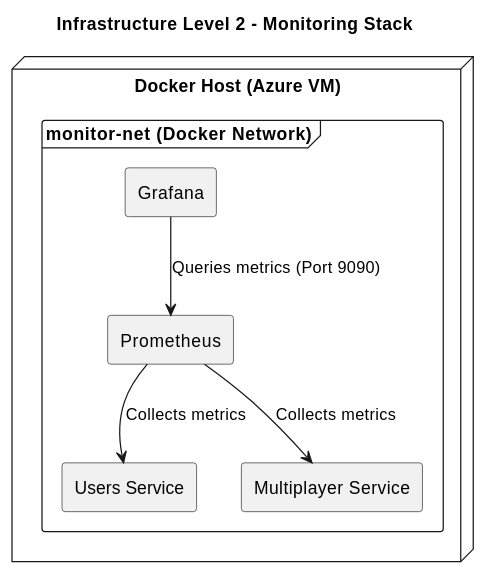
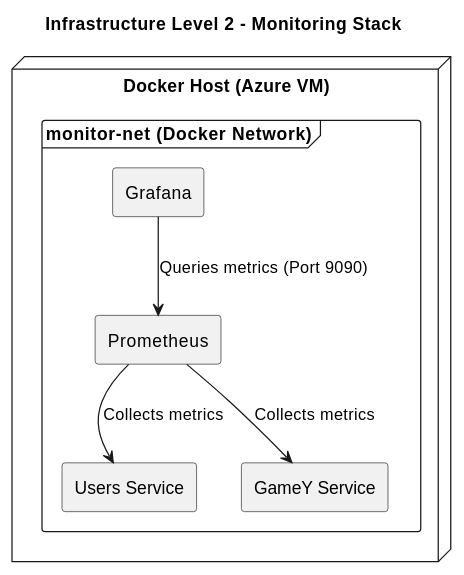
One commit to Arquisoft/yovi_es1a changed the fifth of 6 diagrams in docs/src/07_deployment_view.adoc. Above: the diagram before and after it, drawn with PlantUML. The commit also changed 9 other files, not shown here.

```diff
--- a/docs/src/07_deployment_view.adoc
+++ b/docs/src/07_deployment_view.adoc
@@ -217,22 +217,22 @@
 [plantuml]
 ----
 @startuml
 title Infrastructure Level 2 - Monitoring Stack
 
 skinparam shadowing false
 skinparam componentStyle rectangle
 
 node "Docker Host (Azure VM)" as host {
   frame "monitor-net (Docker Network)" as net {
     [Users Service] as users
-    [Multiplayer Service] as multi
+    [GameY Service] as multi
     [Prometheus] as prom
     [Grafana] as graf
   }
 }
 
 prom --> users : Collects metrics
 prom --> multi : Collects metrics
 graf --> prom : Queries metrics (Port 9090)
 @enduml
 ----
```
